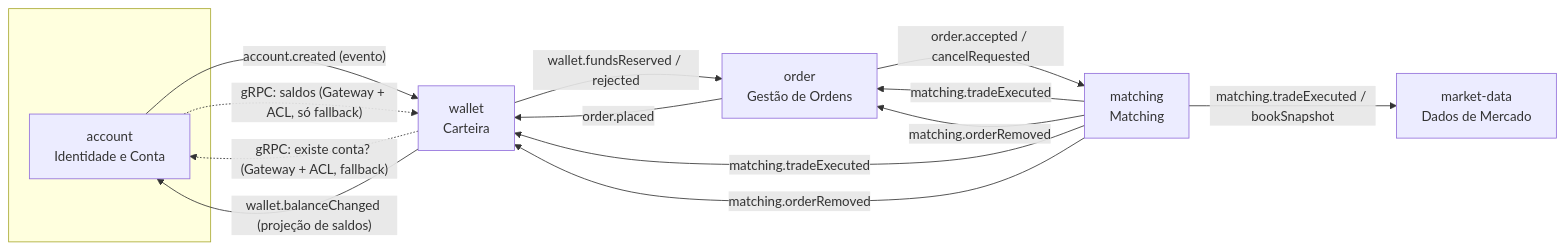
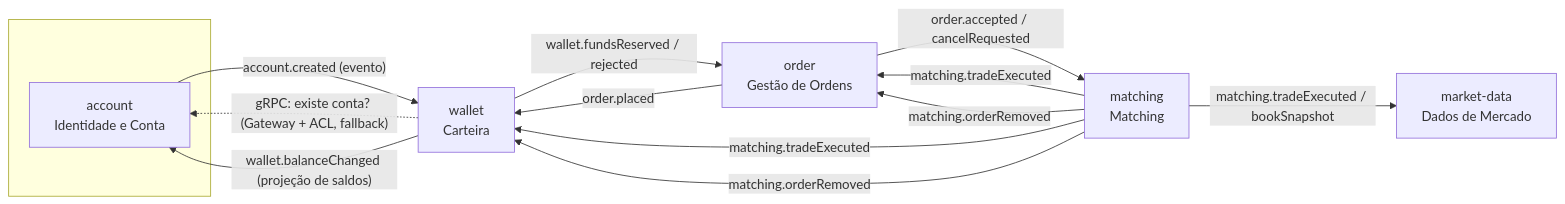
Before and after one commit to erichenriquesm/software-architecture-practice: the diagram in sdd/02-design-estrategico.md, drawn with Mermaid. The commit also changed other lines of this file and 14 other files, not shown here.

Commit message:
docs(sdd): KISS pass — plain try/catch fallback, EventPublisher instead of an in-process dispatcher, no dtos/ or UseCase interface, order without order_view, account balances only from the projection, shared gRPC token, fail-open rate limit, workers restarted by Docker

````diff
--- a/sdd/02-design-estrategico.md
+++ b/sdd/02-design-estrategico.md
@@ -71,24 +71,23 @@
 ```mermaid
 flowchart LR
     subgraph upstream[" "]
       ACC[account<br/>Identidade e Conta]
     end
     WAL[wallet<br/>Carteira]
     ORD[order<br/>Gestão de Ordens]
     MAT[matching<br/>Matching]
     MKT[market-data<br/>Dados de Mercado]
 
     ACC -- "account.created (evento)" --> WAL
     WAL -. "gRPC: existe conta? (Gateway + ACL, fallback)" .-> ACC
     WAL -- "wallet.balanceChanged (projeção de saldos)" --> ACC
-    ACC -. "gRPC: saldos (Gateway + ACL, só fallback)" .-> WAL
 
     ORD -- "order.placed" --> WAL
     WAL -- "wallet.fundsReserved / rejected" --> ORD
     ORD -- "order.accepted / cancelRequested" --> MAT
     MAT -- "matching.tradeExecuted" --> ORD
     MAT -- "matching.tradeExecuted" --> WAL
     MAT -- "matching.orderRemoved" --> ORD
     MAT -- "matching.orderRemoved" --> WAL
     MAT -- "matching.tradeExecuted / bookSnapshot" --> MKT
 ```
````
